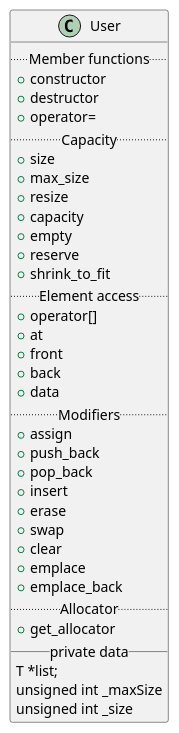
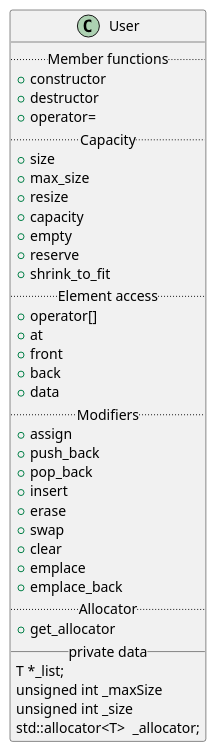
Before and after one commit to t-h2o/container: the diagram in assets/README.adoc, drawn with PlantUML. The commit also changed 3 other files, not shown here.

```diff
--- a/assets/README.adoc
+++ b/assets/README.adoc
@@ -4,44 +4,45 @@
 [plantuml, target=vector, format=svg, width=100%]
 ....
 @startuml
 skinparam defaultFontName JetBrains Mono ExtraBold
 
 class User {
   .. Member functions ..
   + constructor
   + destructor
   + operator=
   .. Capacity ..
   + size
   + max_size
   + resize
   + capacity
   + empty
   + reserve
   + shrink_to_fit
   .. Element access ..
   + operator[]
   + at
   + front
   + back
   + data
   .. Modifiers ..
   + assign
   + push_back
   + pop_back
   + insert
   + erase
   + swap
   + clear
   + emplace
   + emplace_back
   .. Allocator ..
   + get_allocator
   __ private data __
-  T *list;
+  T *_list;
   unsigned int _maxSize
   unsigned int _size
+  std::allocator<T>	_allocator;
 }
 
 @enduml
 ....
```
